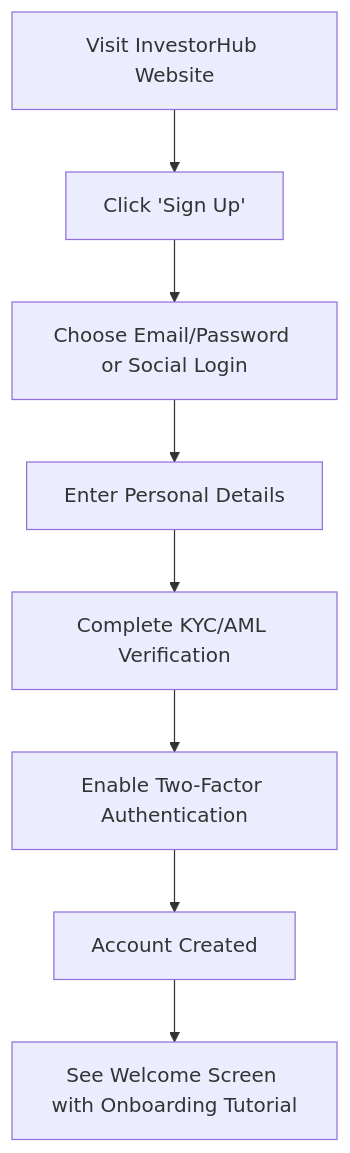
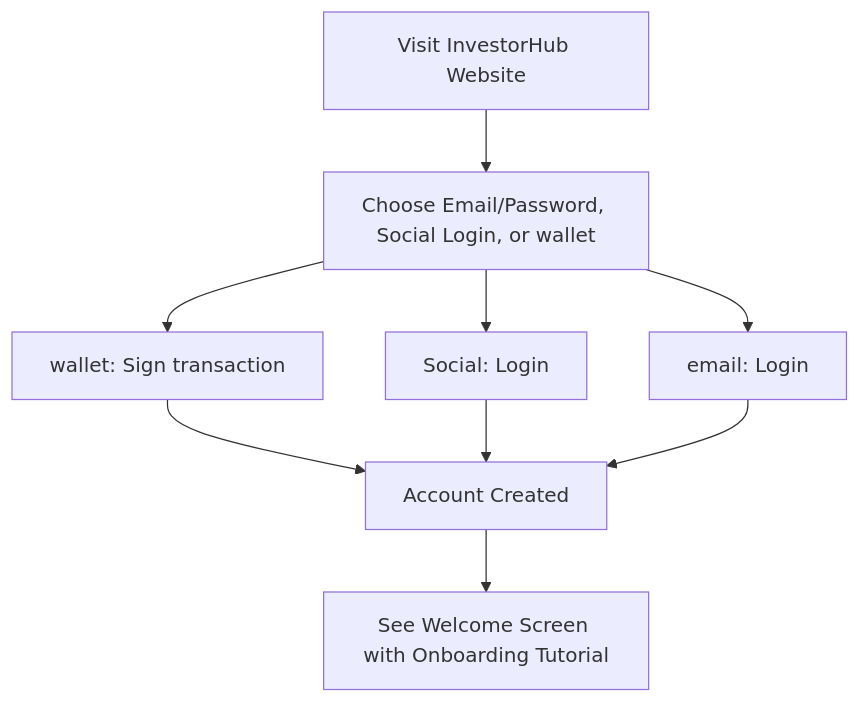
The first of 5 diagrams in PRD/InvestorHub-v1.md (thomasdev5832/InvestorHub), drawn with Mermaid before and after one commit. The commit also changed other lines of this file, not shown here.

````diff
--- a/PRD/InvestorHub-v1.md
+++ b/PRD/InvestorHub-v1.md
@@ -103,10 +103,9 @@
 ```mermaid
 flowchart TD
-    A[Visit InvestorHub Website] --> B[Click 'Sign Up']
-    B --> C[Choose Email/Password or Social Login]
-    C --> D[Enter Personal Details]
-    D --> E[Complete KYC/AML Verification]
-    E --> F[Enable Two-Factor Authentication]
-    F --> G[Account Created]
-    G --> H[See Welcome Screen with Onboarding Tutorial]
+    A["Visit InvestorHub Website"] --> B["Choose Email/Password, Social Login, or wallet"]
+    B --> C["wallet: Sign transaction"] & F["Social: Login"] & G["email: Login"]
+    C --> D["Account Created"]
+    F --> D
+    G --> D
+    D --> E["See Welcome Screen with Onboarding Tutorial"]
 ```
````
